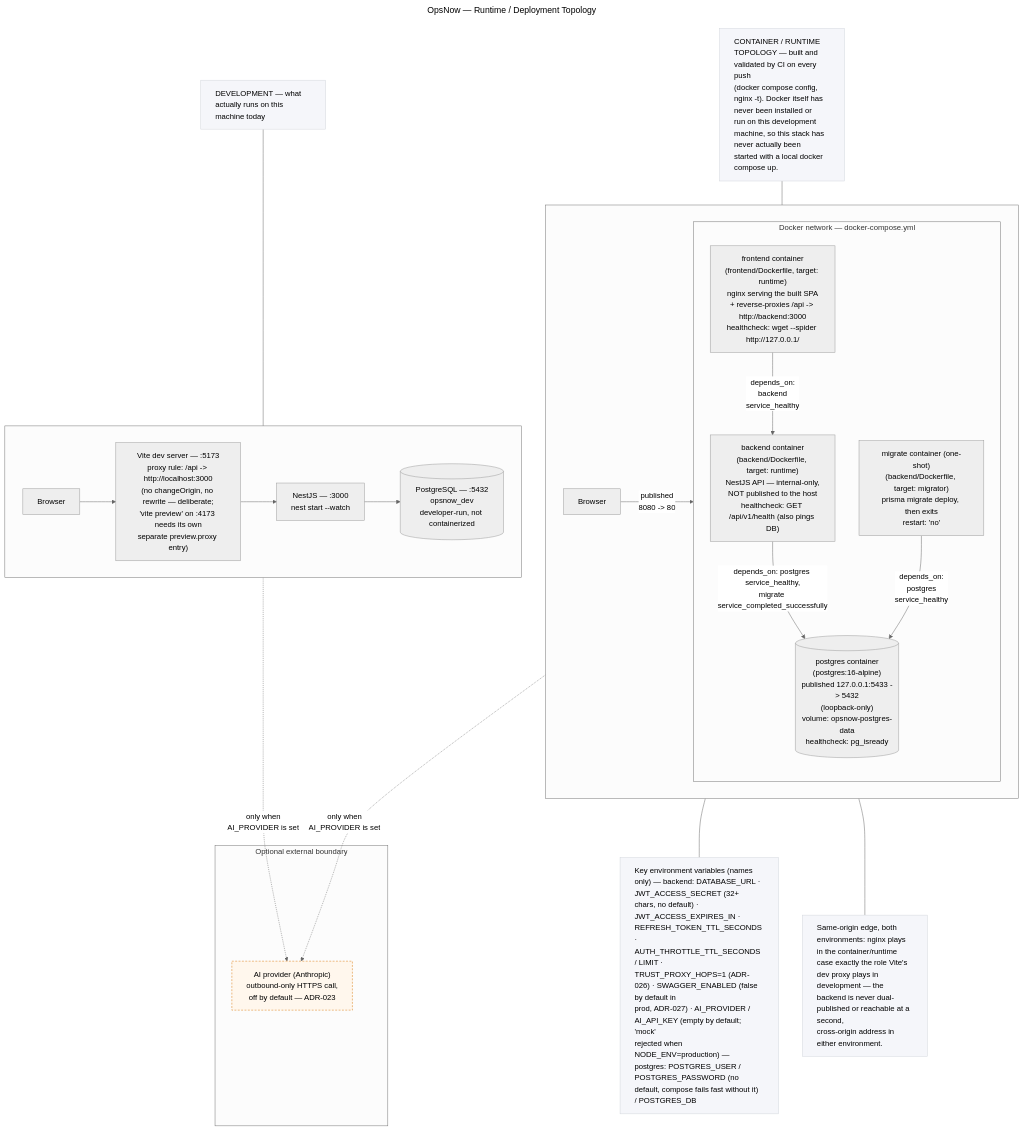
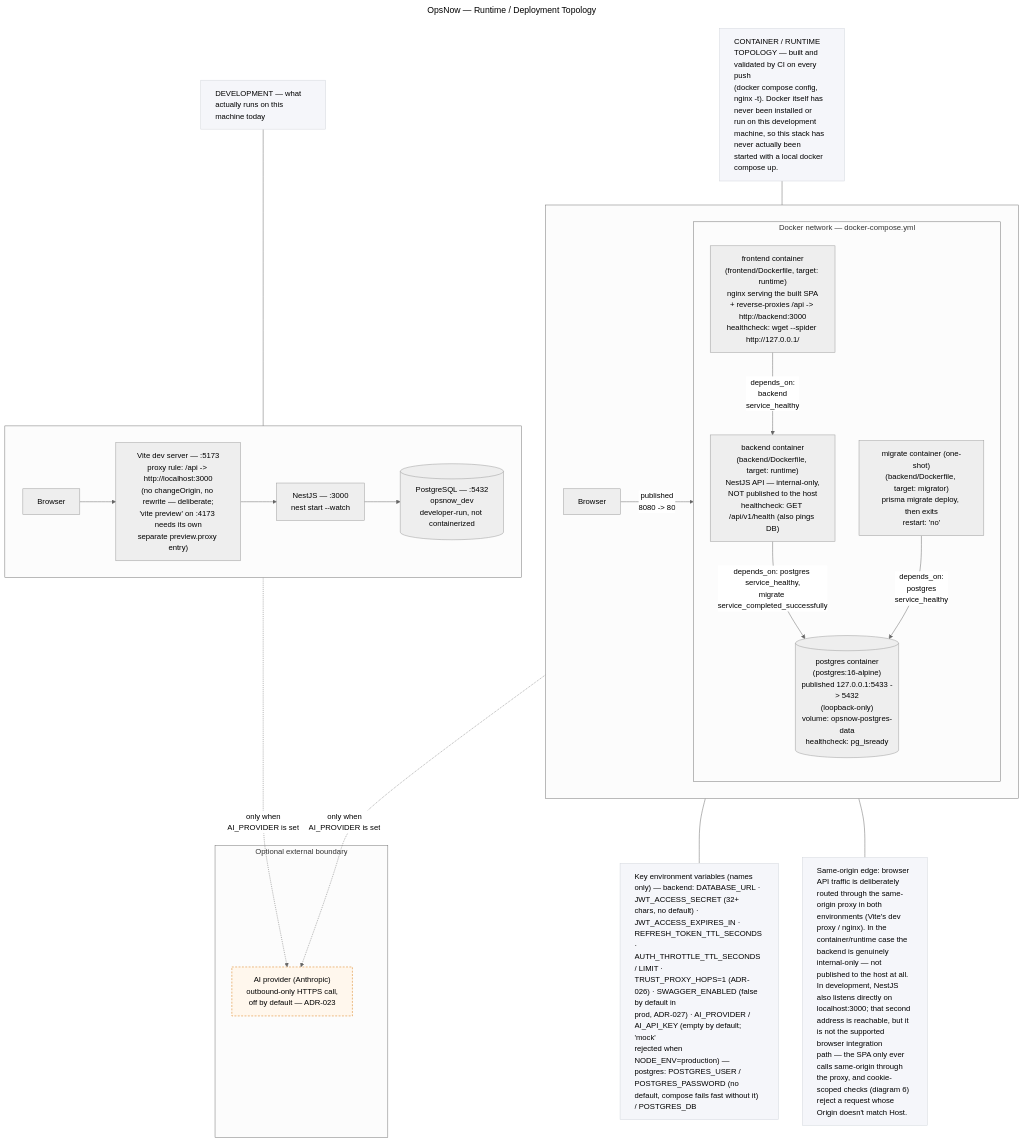
The diagram in Diagrams/10-runtime-deployment-topology.mmd (prottoyb/OpsNow), drawn with Mermaid (neutral theme) before and after one commit. The commit also changed 8 other files, not shown here.

First line of the commit message:
docs: finalize OpsNow diagram wording

```diff
--- a/Diagrams/10-runtime-deployment-topology.mmd
+++ b/Diagrams/10-runtime-deployment-topology.mmd
@@ -1,50 +1,50 @@
 ---
 title: OpsNow — Runtime / Deployment Topology
 ---
 flowchart TB
     classDef note fill:#F5F6FA,stroke:#D1D5DB,text-align:left
     classDef external fill:#FFF7ED,stroke:#D97706,stroke-dasharray: 4 3
 
     DEVLABEL["DEVELOPMENT — what actually runs on this machine today"]:::note
 
     subgraph DEV[" "]
         direction LR
         DBrowser["Browser"] --> ViteDev["Vite dev server — :5173<br/>proxy rule: /api -&gt; http://localhost:3000<br/>(no changeOrigin, no rewrite — deliberate;<br/>'vite preview' on :4173 needs its own<br/>separate preview.proxy entry)"]
         ViteDev --> DevAPI["NestJS — :3000<br/>nest start --watch"]
         DevAPI --> DevPG[("PostgreSQL — :5432<br/>opsnow_dev<br/>developer-run, not containerized")]
     end
     DEVLABEL --- DEV
 
     RUNLABEL["CONTAINER / RUNTIME TOPOLOGY — built and validated by CI on every push<br/>(docker compose config, nginx -t). Docker itself has never been installed or<br/>run on this development machine, so this stack has never actually been<br/>started with a local docker compose up."]:::note
 
     subgraph RUNTIME[" "]
         direction LR
         RBrowser["Browser"] -->|"published<br/>8080 -&gt; 80"| FrontendC
 
         subgraph DockerNet["Docker network — docker-compose.yml"]
             direction TB
             FrontendC["frontend container<br/>(frontend/Dockerfile, target: runtime)<br/>nginx serving the built SPA<br/>+ reverse-proxies /api -&gt; http://backend:3000<br/>healthcheck: wget --spider http://127.0.0.1/"]
             BackendC["backend container<br/>(backend/Dockerfile, target: runtime)<br/>NestJS API — internal-only,<br/>NOT published to the host<br/>healthcheck: GET /api/v1/health (also pings DB)"]
             MigrateC["migrate container (one-shot)<br/>(backend/Dockerfile, target: migrator)<br/>prisma migrate deploy, then exits<br/>restart: 'no'"]
             PGC[("postgres container<br/>(postgres:16-alpine)<br/>published 127.0.0.1:5433 -&gt; 5432<br/>(loopback-only)<br/>volume: opsnow-postgres-data<br/>healthcheck: pg_isready")]
         end
 
         FrontendC -->|"depends_on:<br/>backend<br/>service_healthy"| BackendC
         BackendC -->|"depends_on: postgres service_healthy,<br/>migrate service_completed_successfully"| PGC
         MigrateC -->|"depends_on:<br/>postgres<br/>service_healthy"| PGC
     end
     RUNLABEL --- RUNTIME
 
     subgraph EXTERNAL["Optional external boundary"]
         PROVIDER["AI provider (Anthropic)<br/>outbound-only HTTPS call,<br/>off by default — ADR-023"]:::external
     end
 
     DevAPI -.->|"only when<br/>AI_PROVIDER is set"| PROVIDER
     BackendC -.->|"only when<br/>AI_PROVIDER is set"| PROVIDER
 
     ENVNOTE["Key environment variables (names only) — backend: DATABASE_URL ·<br/>JWT_ACCESS_SECRET (32+ chars, no default) · JWT_ACCESS_EXPIRES_IN ·<br/>REFRESH_TOKEN_TTL_SECONDS · AUTH_THROTTLE_TTL_SECONDS / LIMIT ·<br/>TRUST_PROXY_HOPS=1 (ADR-026) · SWAGGER_ENABLED (false by default in<br/>prod, ADR-027) · AI_PROVIDER / AI_API_KEY (empty by default; 'mock'<br/>rejected when NODE_ENV=production) — postgres: POSTGRES_USER /<br/>POSTGRES_PASSWORD (no default, compose fails fast without it) / POSTGRES_DB"]:::note
 
-    SAMEORIGIN["Same-origin edge, both environments: nginx plays in the container/runtime case exactly the role Vite's<br/>dev proxy plays in development — the backend is never dual-published or reachable at a second,<br/>cross-origin address in either environment."]:::note
+    SAMEORIGIN["Same-origin edge: browser API traffic is deliberately routed through the same-origin proxy in both<br/>environments (Vite's dev proxy / nginx). In the container/runtime case the backend is genuinely<br/>internal-only — not published to the host at all. In development, NestJS also listens directly on<br/>localhost:3000; that second address is reachable, but it is not the supported browser integration<br/>path — the SPA only ever calls same-origin through the proxy, and cookie-scoped checks (diagram 6)<br/>reject a request whose Origin doesn't match Host."]:::note
 
     RUNTIME --- ENVNOTE
     RUNTIME --- SAMEORIGIN
```
